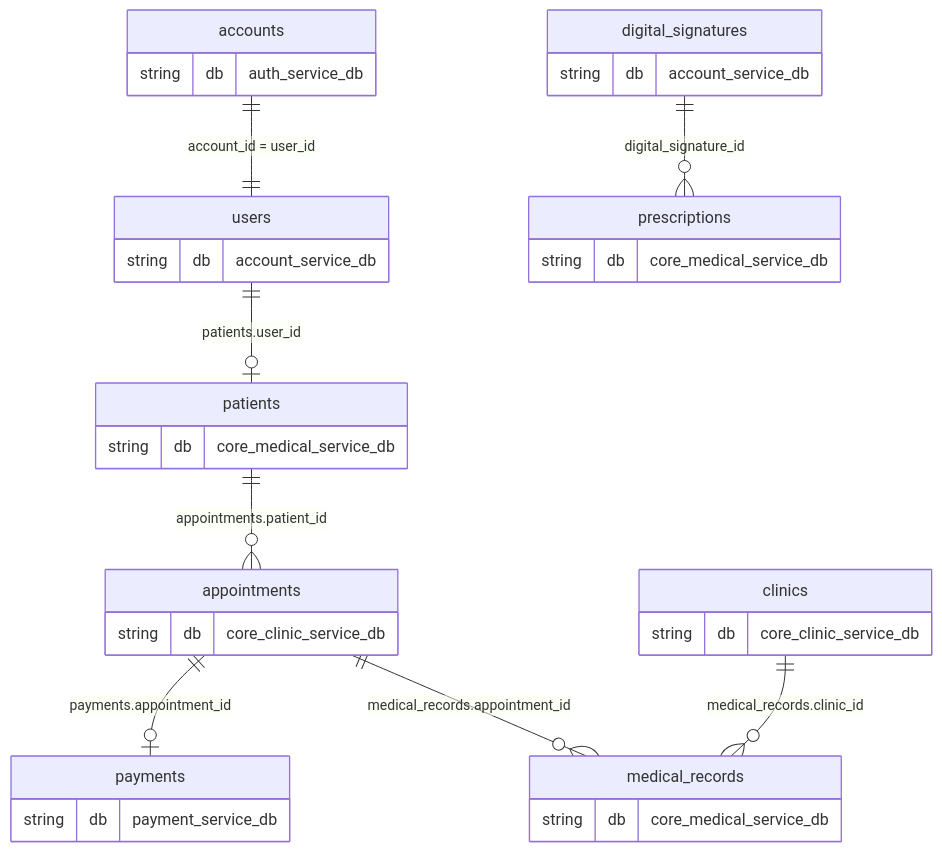
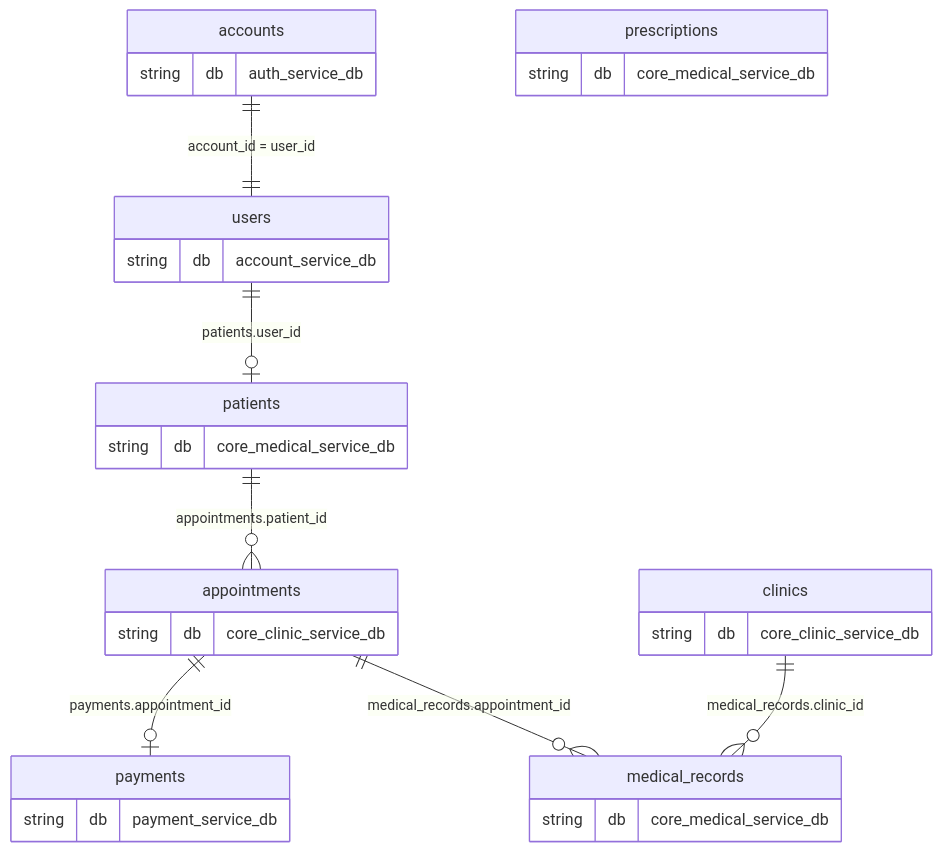
The first of 9 diagrams in docs/architecture/erd.md (LTPPPP/Smart-Medical-Intelligent-Ledger-for-E-health-S.M.I.L.E-), drawn with Mermaid before and after one commit. The commit also changed other lines of this file and 27 other files, not shown here.

First line of the commit message:
remove: drop dead digital signature feature end-to-end

````diff
--- a/docs/architecture/erd.md
+++ b/docs/architecture/erd.md
@@ -17,20 +17,18 @@
 ```mermaid
 erDiagram
     accounts ||--|| users : "account_id = user_id"
     users ||--o| patients : "patients.user_id"
     patients ||--o{ appointments : "appointments.patient_id"
     appointments ||--o| payments : "payments.appointment_id"
     appointments ||--o{ medical_records : "medical_records.appointment_id"
     clinics ||--o{ medical_records : "medical_records.clinic_id"
-    digital_signatures ||--o{ prescriptions : "digital_signature_id"
 
     accounts { string db "auth_service_db" }
     users { string db "account_service_db" }
-    digital_signatures { string db "account_service_db" }
     patients { string db "core_medical_service_db" }
     medical_records { string db "core_medical_service_db" }
     prescriptions { string db "core_medical_service_db" }
     appointments { string db "core_clinic_service_db" }
     clinics { string db "core_clinic_service_db" }
     payments { string db "payment_service_db" }
 ```
````
